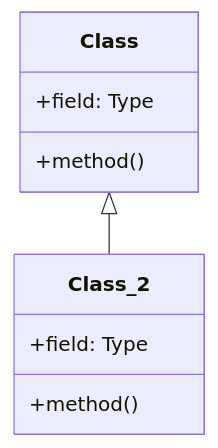
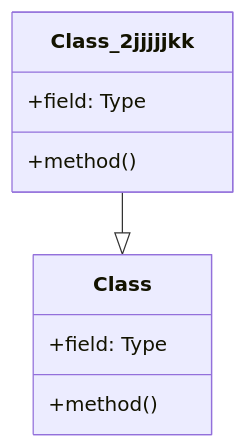
One commit to saiphanindra1010/arch_diagram_demo changed the diagram in mermade/design.md. Above: the diagram before and after it, drawn with Mermaid.

Commit message:
mermade: save design

````diff
--- a/mermade/design.md
+++ b/mermade/design.md
@@ -3,13 +3,13 @@
 ```mermaid
 classDiagram
   class Class {
     +field: Type
     +method()
   }
-  class Class_2 {
+  class Class_2jjjjjkk {
     +field: Type
     +method()
   }
-  Class <|-- Class_2
-%% mermade:{"v":1,"diagramType":"class","nodes":{"Class":{"x":384.95703125,"y":207.69140625,"w":220,"h":88,"kind":"class","members":["+field: Type","+method()"]},"Class_2":{"x":862.49609375,"y":203.828125,"w":220,"h":88,"kind":"class","members":["+field: Type","+method()"]}},"groups":{},"edges":{"e1":{"relation":"extends","label":""}}}
+  Class_2jjjjjkk --|> Class
+%% mermade:{"v":1,"diagramType":"class","nodes":{"Class":{"x":384.95703125,"y":207.69140625,"w":220,"h":88,"kind":"class","members":["+field: Type","+method()"]},"Class_2jjjjjkk":{"x":862.49609375,"y":203.828125,"w":220,"h":88,"kind":"class","members":["+field: Type","+method()"]}},"groups":{},"edges":{"e1":{"relation":"extends","label":""}}}
 ```
````
